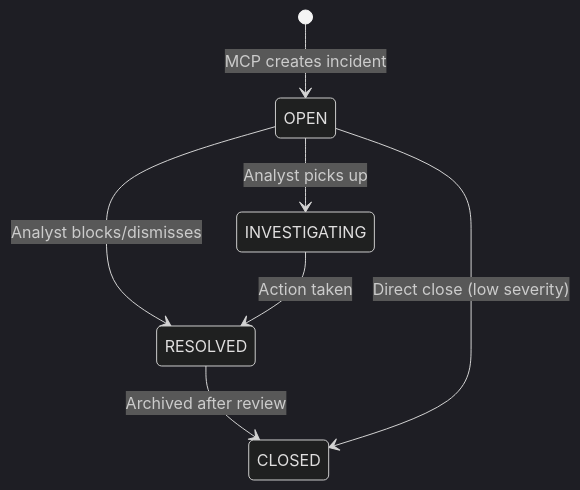
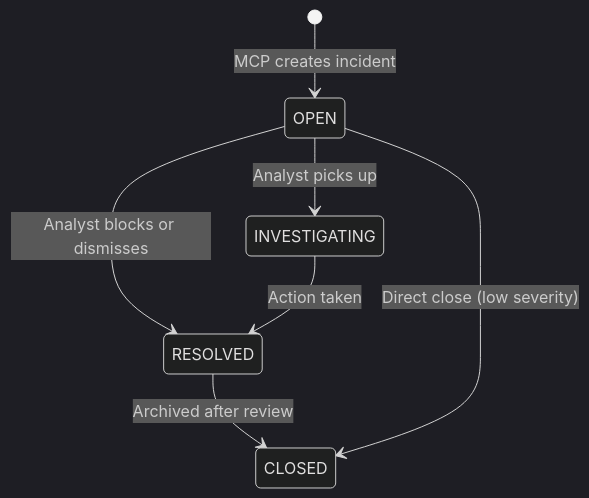
The third of 5 diagrams in docs/DATABASE.md (Skarthik06/cybersentinel-ai), drawn with Mermaid (dark theme) before and after one commit. The commit also changed other lines of this file and 50 other files, not shown here.

````diff
--- a/docs/DATABASE.md
+++ b/docs/DATABASE.md
@@ -485,9 +361,9 @@
 ```mermaid
 stateDiagram-v2
     [*] --> OPEN : MCP creates incident
     OPEN --> INVESTIGATING : Analyst picks up
-    OPEN --> RESOLVED : Analyst blocks/dismisses
+    OPEN --> RESOLVED : Analyst blocks or dismisses
     INVESTIGATING --> RESOLVED : Action taken
     RESOLVED --> CLOSED : Archived after review
     OPEN --> CLOSED : Direct close (low severity)
 ```
````
